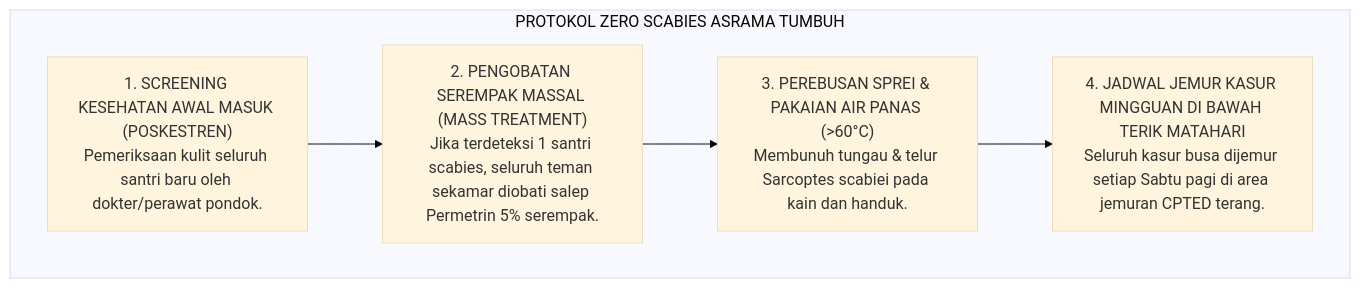
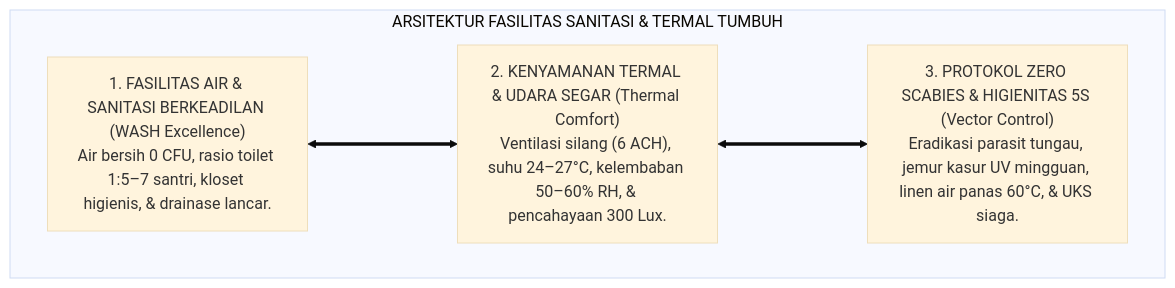
The second of 3 diagrams in 02 Principles/02 Design Principles/P2-02-05-Prinsip-Desain-Fasilitas-Sanitasi-dan-Kenyamanan-Termal-Asrama.md (wandiapriliyandi/tumbuh), drawn with Mermaid (base theme) before and after one commit. The commit also changed other lines of this file and 7 other files, not shown here.

````diff
--- a/02 Principles/02 Design Principles/P2-02-05-Prinsip-Desain-Fasilitas-Sanitasi-dan-Kenyamanan-Termal-Asrama.md
+++ b/02 Principles/02 Design Principles/P2-02-05-Prinsip-Desain-Fasilitas-Sanitasi-dan-Kenyamanan-Termal-Asrama.md
@@ -108,14 +121,13 @@
 ```mermaid
 flowchart TD
-    subgraph ProtokolZeroScabiesTUMBUH["PROTOKOL ZERO SCABIES ASRAMA TUMBUH"]
-        Deteksi["1. SCREENING KESEHATAN AWAL MASUK (POSKESTREN)<br/>Pemeriksaan kulit seluruh santri baru oleh dokter/perawat pondok."]
+    subgraph ArsitekturSanitasiTUMBUH["ARSITEKTUR FASILITAS SANITASI & TERMAL TUMBUH"]
         
-        IsolasiSehat["2. PENGOBATAN SEREMPAK MASSAL (MASS TREATMENT)<br/>Jika terdeteksi 1 santri scabies, seluruh teman sekamar diobati salep Permetrin 5% serempak."]
+        S1_Pilar["1. FASILITAS AIR & SANITASI BERKEADILAN (WASH Excellence)<br/>Air bersih 0 CFU, rasio toilet 1:5–7 santri, kloset higienis, & drainase lancar."]
         
-        SanitasiSprei["3. PEREBUSAN SPREI & PAKAIAN AIR PANAS (>60°C)<br/>Membunuh tungau & telur Sarcoptes scabiei pada kain dan handuk."]
+        S2_Pilar["2. KENYAMANAN TERMAL & UDARA SEGAR (Thermal Comfort)<br/>Ventilasi silang (6 ACH), suhu 24–27°C, kelembaban 50–60% RH, & pencahayaan 300 Lux."]
         
-        JemurRutin["4. JADWAL JEMUR KASUR MINGGUAN DI BAWAH TERIK MATAHARI<br/>Seluruh kasur busa dijemur setiap Sabtu pagi di area jemuran CPTED terang."]
+        S3_Pilar["3. PROTOKOL ZERO SCABIES & HIGIENITAS 5S (Vector Control)<br/>Eradikasi parasit tungau, jemur kasur UV mingguan, linen air panas 60°C, & UKS siaga."]
         
-        Deteksi --> IsolasiSehat --> SanitasiSprei --> JemurRutin
+        S1_Pilar <===> S2_Pilar <===> S3_Pilar
     end
 ```
````
